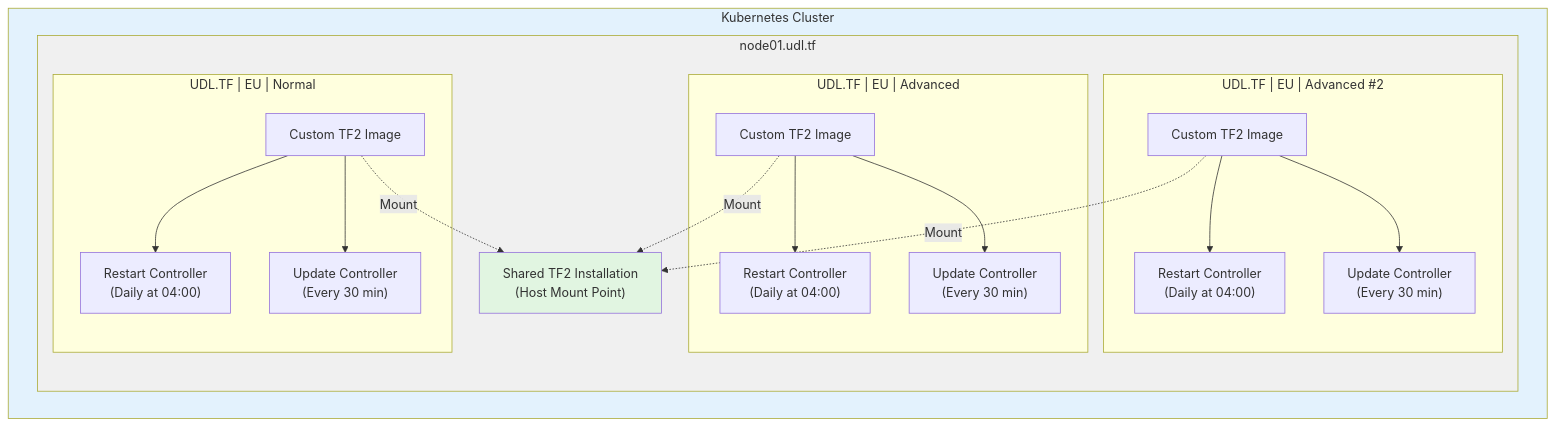
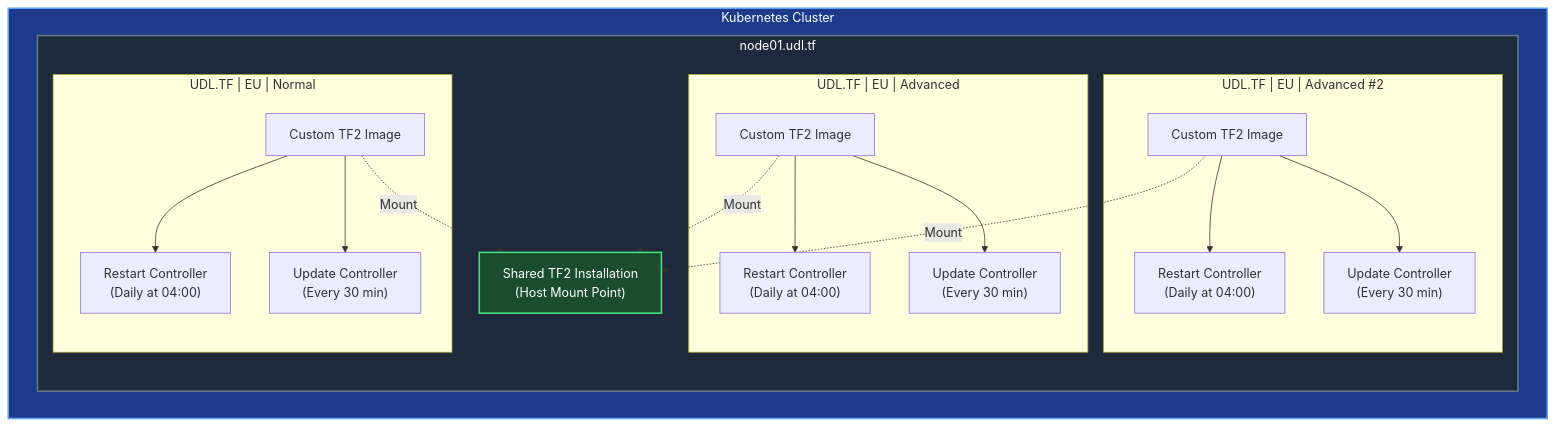
The diagram in infrastructure/overview.md (UDL-TF/Organization), drawn with Mermaid before and after one commit.

Commit message:
Update styles in infrastructure overview diagram for consistency and clarity

````diff
--- a/infrastructure/overview.md
+++ b/infrastructure/overview.md
@@ -5,40 +5,40 @@
 ```mermaid
 graph TB
     subgraph K8S["Kubernetes Cluster"]
         subgraph NODE["node01.udl.tf"]
             SHARED["Shared TF2 Installation<br/>(Host Mount Point)"]
 
             subgraph SERVER1["UDL.TF | EU | Advanced"]
                 POD1["Custom TF2 Image"]
                 RESTART1["Restart Controller<br/>(Daily at 04:00)"]
                 UPDATE1["Update Controller<br/>(Every 30 min)"]
                 POD1 --> RESTART1
                 POD1 --> UPDATE1
             end
 
             subgraph SERVER2["UDL.TF | EU | Advanced #2"]
                 POD2["Custom TF2 Image"]
                 RESTART2["Restart Controller<br/>(Daily at 04:00)"]
                 UPDATE2["Update Controller<br/>(Every 30 min)"]
                 POD2 --> RESTART2
                 POD2 --> UPDATE2
             end
 
             subgraph SERVER3["UDL.TF | EU | Normal"]
                 POD3["Custom TF2 Image"]
                 RESTART3["Restart Controller<br/>(Daily at 04:00)"]
                 UPDATE3["Update Controller<br/>(Every 30 min)"]
                 POD3 --> RESTART3
                 POD3 --> UPDATE3
             end
 
             POD1 -.->|Mount| SHARED
             POD2 -.->|Mount| SHARED
             POD3 -.->|Mount| SHARED
         end
     end
 
-    style SHARED fill:#e1f5e1
-    style NODE fill:#f0f0f0
-    style K8S fill:#e3f2fd
+    style SHARED fill:#1a4d2e,stroke:#4ade80,stroke-width:2px,color:#fff
+    style NODE fill:#1e293b,stroke:#64748b,stroke-width:2px,color:#fff
+    style K8S fill:#1e3a8a,stroke:#60a5fa,stroke-width:2px,color:#fff
 ```
````
